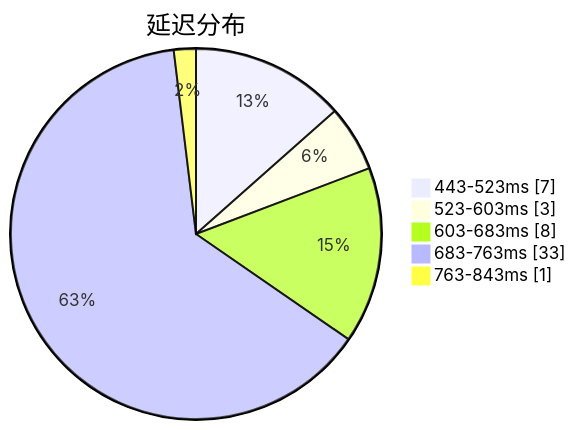
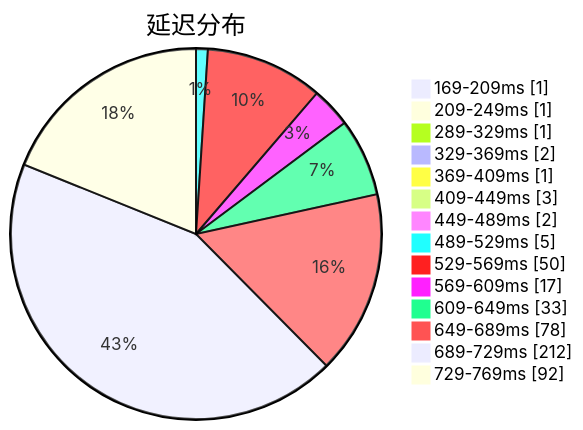
Before and after one commit to sinspired/airport: the first of 3 diagrams in subs/statistics/tested_within.md, drawn with Mermaid. The commit also changed other lines of this file and 2 other files, not shown here.

````diff
--- a/subs/statistics/tested_within.md
+++ b/subs/statistics/tested_within.md
@@ -2,9 +2,18 @@
 ```mermaid
 pie showData
 title 延迟分布
-"443-523ms" : 7
-"523-603ms" : 3
-"603-683ms" : 8
-"683-763ms" : 33
-"763-843ms" : 1
+"169-209ms" : 1
+"209-249ms" : 1
+"289-329ms" : 1
+"329-369ms" : 2
+"369-409ms" : 1
+"409-449ms" : 3
+"449-489ms" : 2
+"489-529ms" : 5
+"529-569ms" : 50
+"569-609ms" : 17
+"609-649ms" : 33
+"649-689ms" : 78
+"689-729ms" : 212
+"729-769ms" : 92
 ```
````
